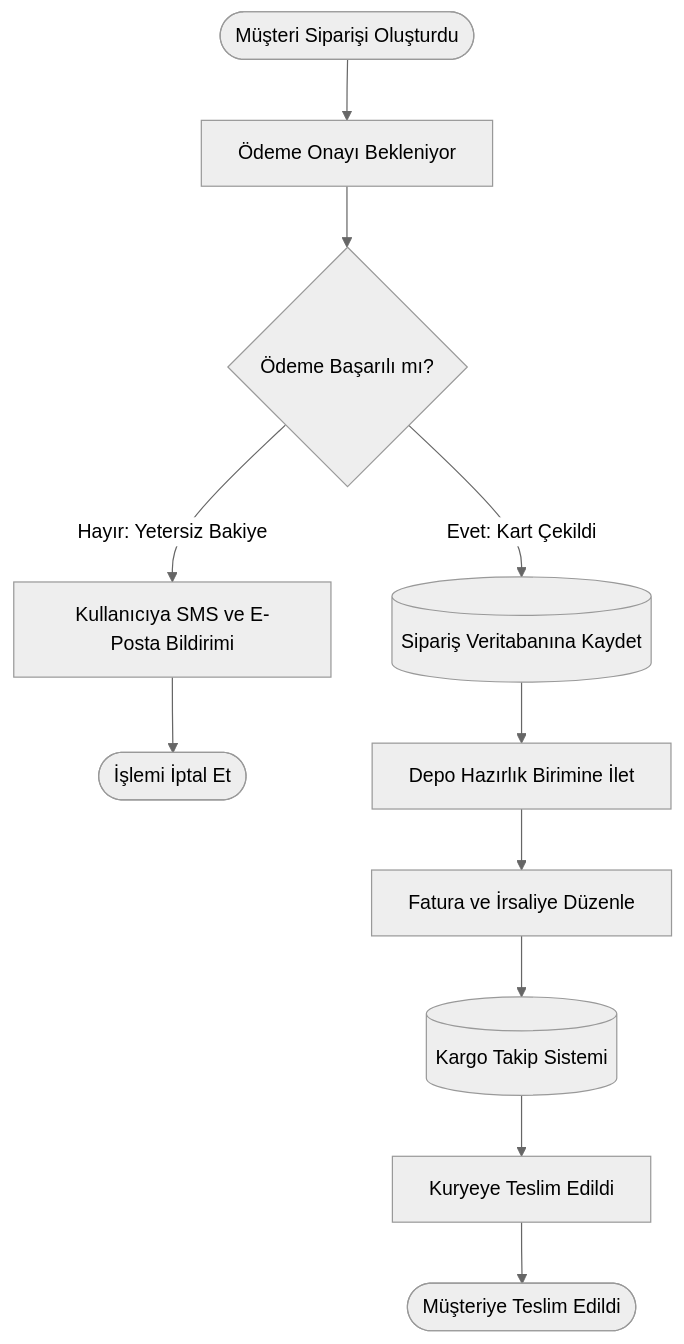
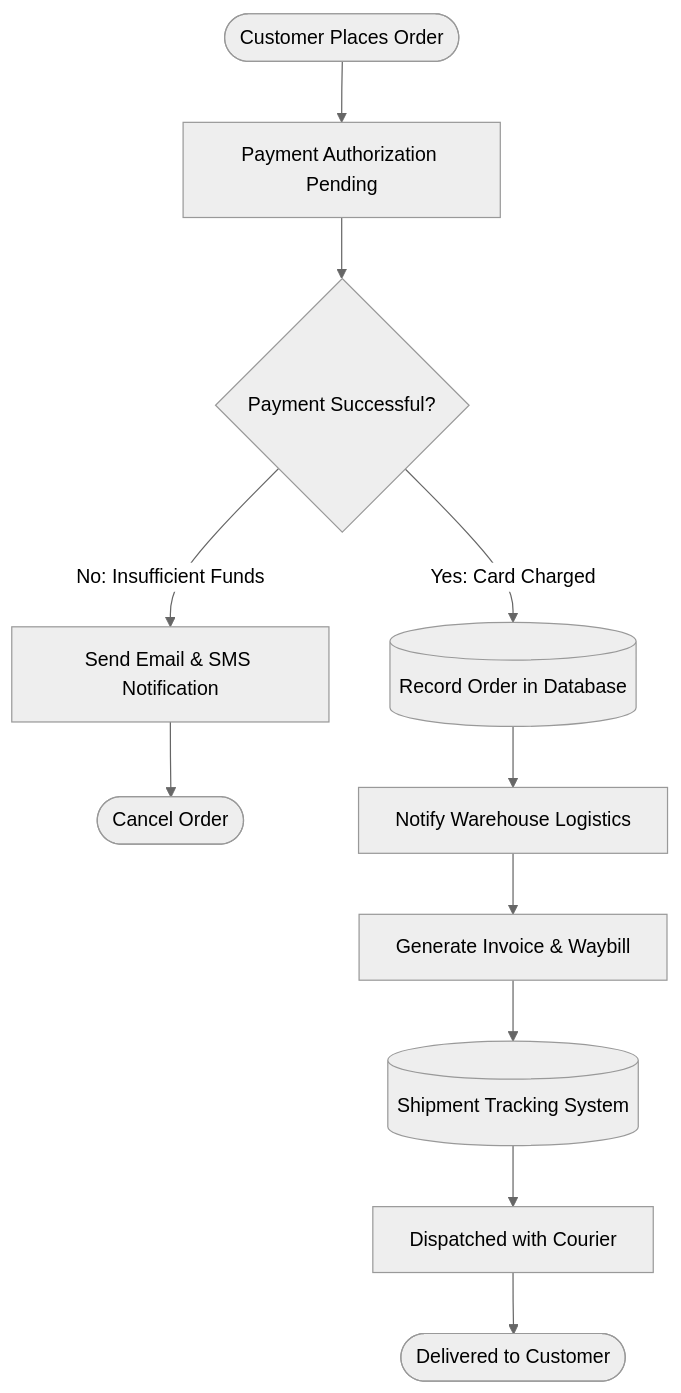
Before and after one commit to enginciftci/mermaid-to-vsdx: the diagram in sample_ecommerce.mmd, drawn with Mermaid (neutral theme). The commit also changed 15 other files, not shown here.

Commit message:
feat: remove UML, ER, and sequence diagram examples, localize remaining examples and gallery to English

```diff
--- a/sample_ecommerce.mmd
+++ b/sample_ecommerce.mmd
@@ -1,12 +1,12 @@
 graph TD
-    A([Müşteri Siparişi Oluşturdu]) --> B[Ödeme Onayı Bekleniyor]
-    B --> C{Ödeme Başarılı mı?}
-    C -->|Evet: Kart Çekildi| D[(Sipariş Veritabanına Kaydet)]
-    C -->|Hayır: Yetersiz Bakiye| E[Kullanıcıya SMS ve E-Posta Bildirimi]
-    E --> F([İşlemi İptal Et])
+    A([Customer Places Order]) --> B[Payment Authorization Pending]
+    B --> C{Payment Successful?}
+    C -->|Yes: Card Charged| D[(Record Order in Database)]
+    C -->|No: Insufficient Funds| E[Send Email & SMS Notification]
+    E --> F([Cancel Order])
     
-    D --> G[Depo Hazırlık Birimine İlet]
-    G --> H[Fatura ve İrsaliye Düzenle]
-    H --> I[(Kargo Takip Sistemi)]
-    I --> J[Kuryeye Teslim Edildi]
-    J --> K([Müşteriye Teslim Edildi])
+    D --> G[Notify Warehouse Logistics]
+    G --> H[Generate Invoice & Waybill]
+    H --> I[(Shipment Tracking System)]
+    I --> J[Dispatched with Courier]
+    J --> K([Delivered to Customer])
```
